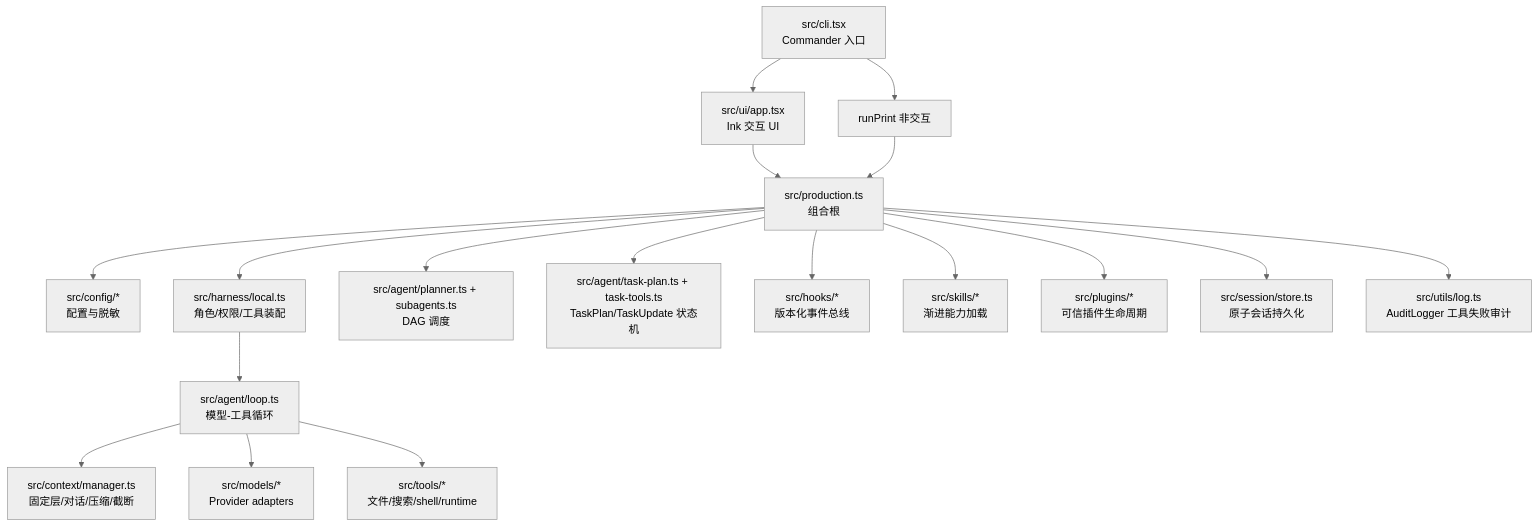
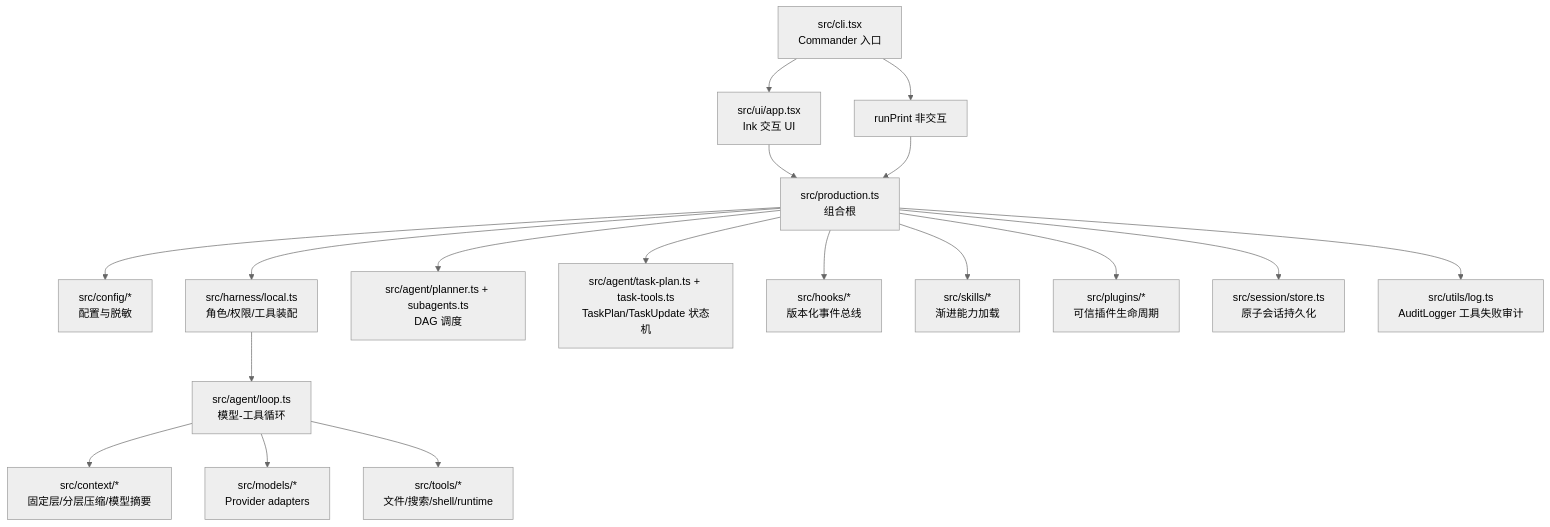
Before and after one commit to YachuanWzh/flavor-code: the first of 2 diagrams in 技术方案报告.md, drawn with Mermaid (neutral theme). The commit also changed other lines of this file and 1 other file, not shown here.

Commit message:
docs: explain long-context compaction

````diff
--- a/技术方案报告.md
+++ b/技术方案报告.md
@@ -11,20 +11,20 @@
 ```mermaid
 flowchart TD
   CLI["src/cli.tsx\nCommander 入口"] --> UI["src/ui/app.tsx\nInk 交互 UI"]
   CLI --> PRINT["runPrint 非交互"]
   UI --> PROD["src/production.ts\n组合根"]
   PRINT --> PROD
   PROD --> CFG["src/config/*\n配置与脱敏"]
   PROD --> HARNESS["src/harness/local.ts\n角色/权限/工具装配"]
   HARNESS --> LOOP["src/agent/loop.ts\n模型-工具循环"]
-  LOOP --> CTX["src/context/manager.ts\n固定层/对话/压缩/截断"]
+  LOOP --> CTX["src/context/*\n固定层/分层压缩/模型摘要"]
   LOOP --> MODELS["src/models/*\nProvider adapters"]
   LOOP --> TOOLS["src/tools/*\n文件/搜索/shell/runtime"]
   PROD --> TASKS["src/agent/planner.ts + subagents.ts\nDAG 调度"]
   PROD --> PLAN["src/agent/task-plan.ts + task-tools.ts\nTaskPlan/TaskUpdate 状态机"]
   PROD --> HOOKS["src/hooks/*\n版本化事件总线"]
   PROD --> SKILLS["src/skills/*\n渐进能力加载"]
   PROD --> PLUGINS["src/plugins/*\n可信插件生命周期"]
   PROD --> SESSION["src/session/store.ts\n原子会话持久化"]
   PROD --> AUDIT["src/utils/log.ts\nAuditLogger 工具失败审计"]
 ```
````
